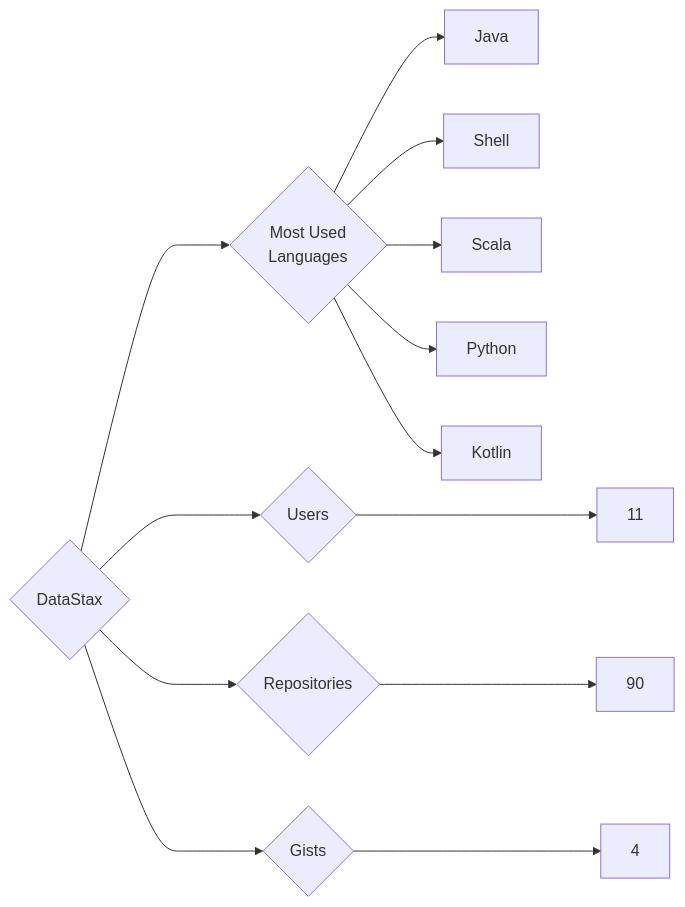
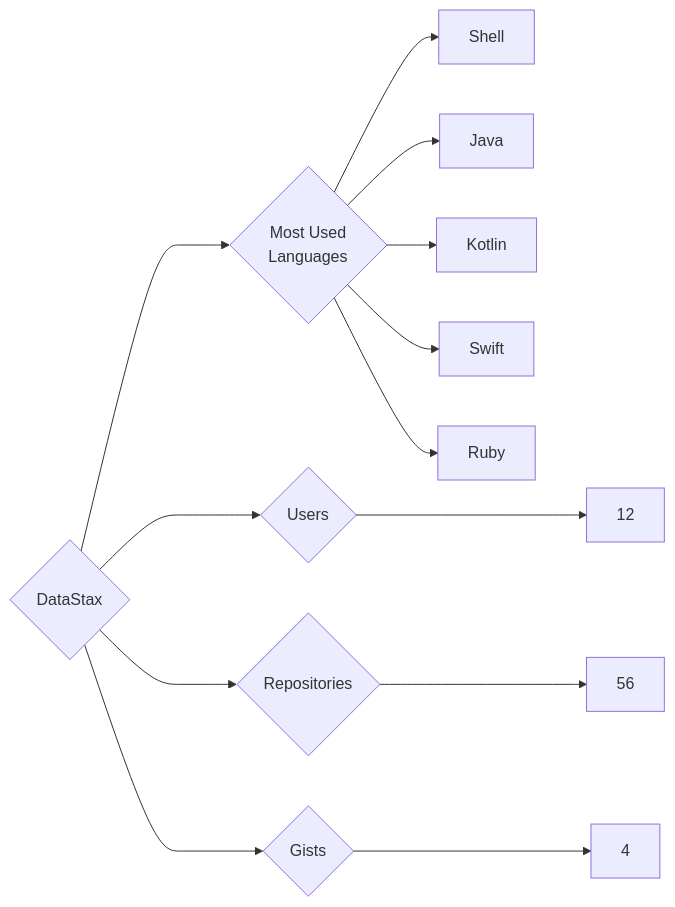
Before and after one commit to trickest/insiders: the diagram in targets/DataStax/README.md, drawn with Mermaid. The commit also changed 1149 other files, not shown here.

````diff
--- a/targets/DataStax/README.md
+++ b/targets/DataStax/README.md
@@ -3,13 +3,13 @@
 ```mermaid
 graph LR
 COMPANY_NAME{DataStax}
-COMPANY_NAME ---> U{Users} ---> UN[11]
-COMPANY_NAME ---> R{Repositories} ---> RN[90]
+COMPANY_NAME ---> U{Users} ---> UN[12]
+COMPANY_NAME ---> R{Repositories} ---> RN[56]
 COMPANY_NAME ---> G{Gists} ---> GN[4]
 COMPANY_NAME ---> ML{Most Used<br>Languages}
+ML --> Shell[Shell]
 ML --> Java[Java]
-ML --> Shell[Shell]
-ML --> Scala[Scala]
-ML --> Python[Python]
 ML --> Kotlin[Kotlin]
+ML --> Swift[Swift]
+ML --> Ruby[Ruby]
 ```
````
